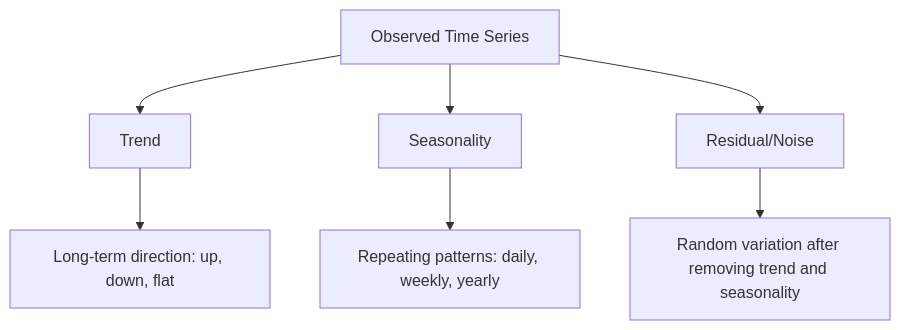
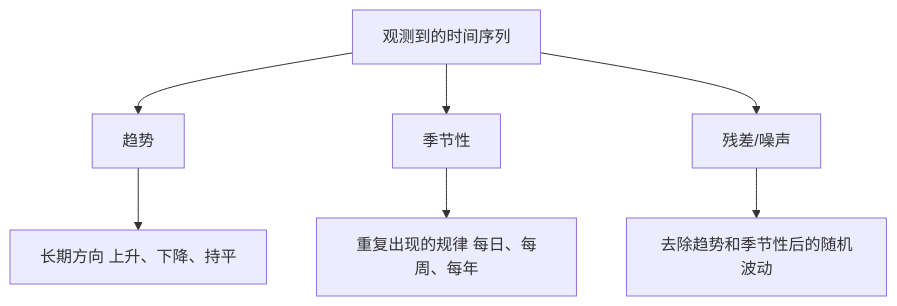
One commit to JerryC8080/ai-engineering-from-scratch-zh changed the second of 3 diagrams in phases/02-ml-fundamentals/15-time-series/docs/zh.md. Above: the diagram before and after it, drawn with Mermaid. The commit also changed other lines of this file and 156 other files, not shown here.

First line of the commit message:
i18n(zh): translate mermaid diagram labels in 157 lesson zh.md

````diff
--- a/phases/02-ml-fundamentals/15-time-series/docs/zh.md
+++ b/phases/02-ml-fundamentals/15-time-series/docs/zh.md
@@ -71,10 +71,10 @@
 ```mermaid
 flowchart TD
-    A[Observed Time Series] --> B[Trend]
-    A --> C[Seasonality]
-    A --> D[Residual/Noise]
+    A[观测到的时间序列] --> B[趋势]
+    A --> C[季节性]
+    A --> D[残差/噪声]
 
-    B --> E[Long-term direction: up, down, flat]
-    C --> F[Repeating patterns: daily, weekly, yearly]
-    D --> G[Random variation after removing trend and seasonality]
+    B --> E[长期方向 上升、下降、持平]
+    C --> F[重复出现的规律 每日、每周、每年]
+    D --> G[去除趋势和季节性后的随机波动]
 ```
````
